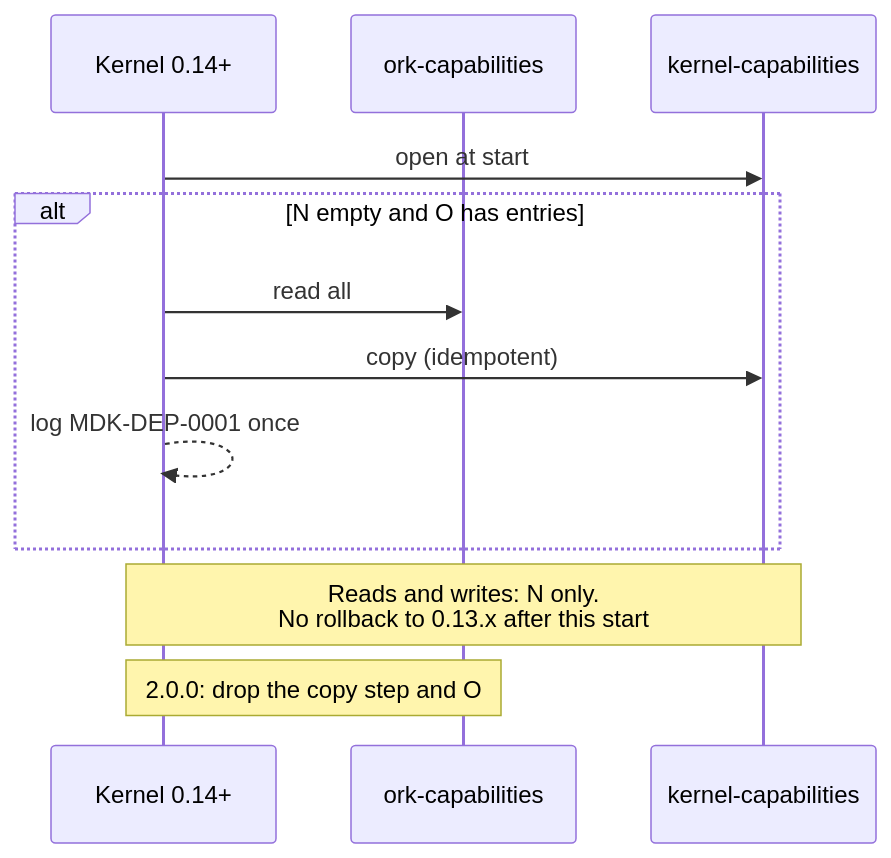
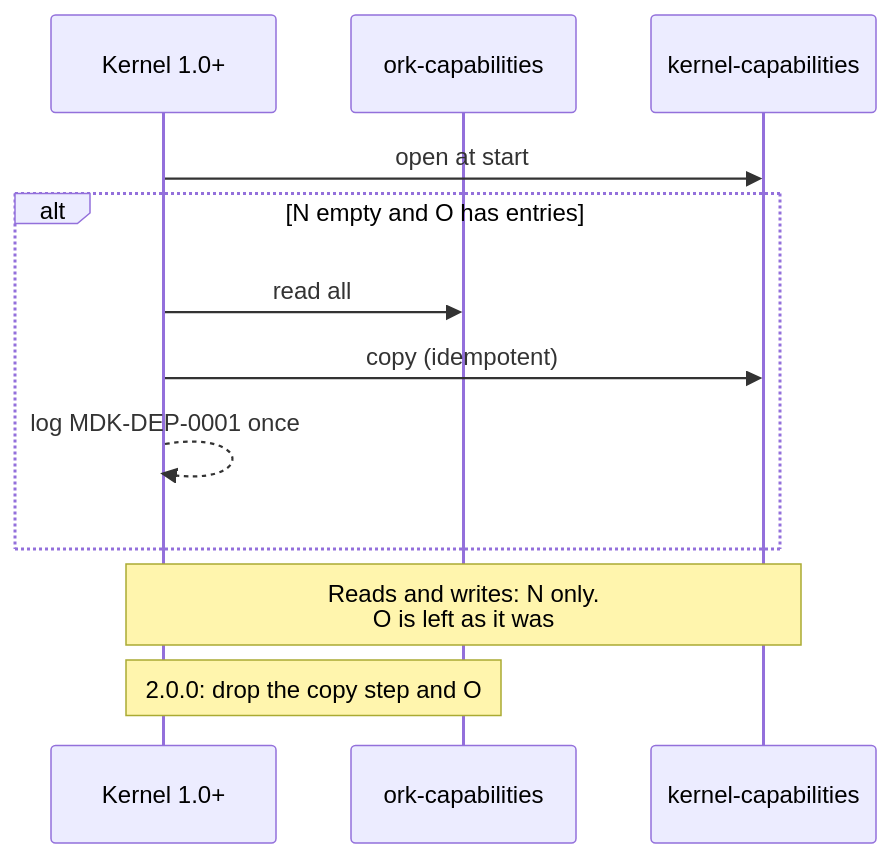
Before and after one commit to ankit-tether/mdk-be: the fifth of 7 diagrams in docs/release-and-deprecation-policy.md, drawn with Mermaid. The commit also changed other lines of this file, not shown here.

````diff
--- a/docs/release-and-deprecation-policy.md
+++ b/docs/release-and-deprecation-policy.md
@@ -344,14 +345,14 @@
 ```mermaid
 sequenceDiagram
-  participant K as Kernel 0.14+
+  participant K as Kernel 1.0+
   participant O as ork-capabilities
   participant N as kernel-capabilities
   K->>N: open at start
   alt N empty and O has entries
     K->>O: read all
     K->>N: copy (idempotent)
     K-->>K: log MDK-DEP-0001 once
   end
-  Note over K,N: Reads and writes: N only.<br/>No rollback to 0.13.x after this start
+  Note over K,N: Reads and writes: N only.<br/>O is left as it was
   Note over K,O: 2.0.0: drop the copy step and O
 ```
````
